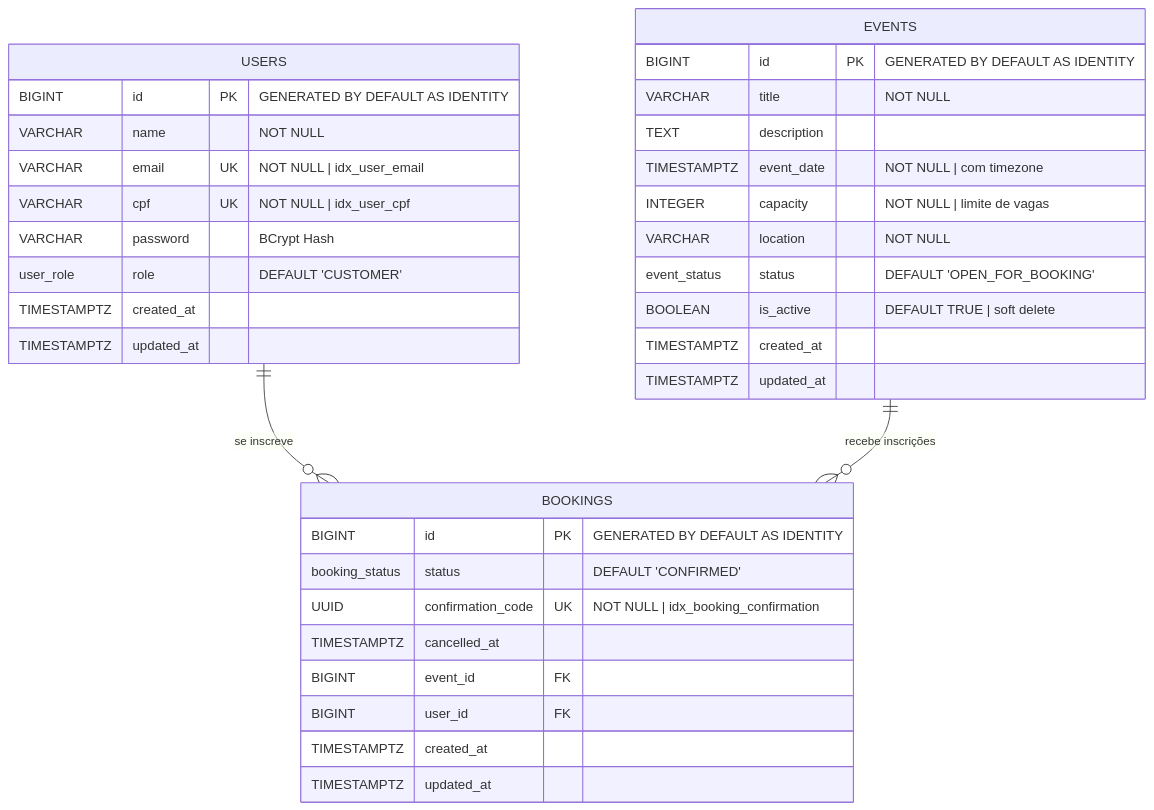
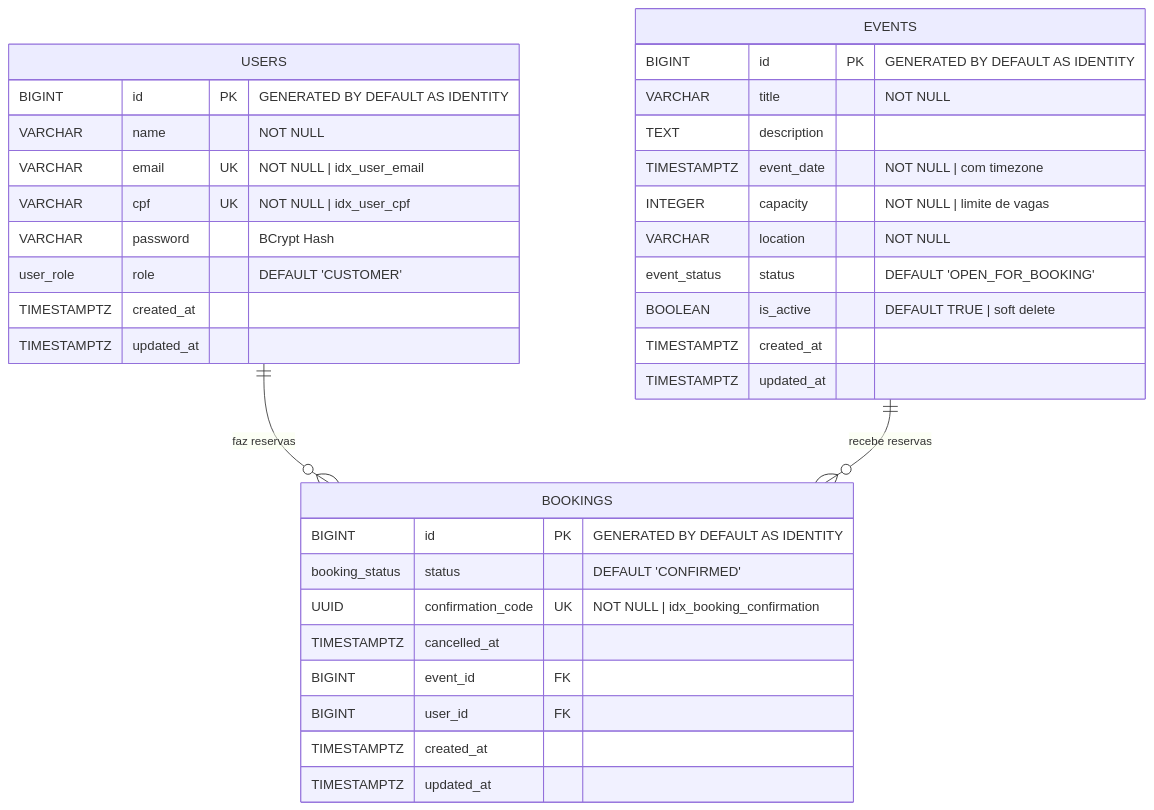
One commit to mateus-f/confirmed-seat-api changed the diagram in README.md. Above: the diagram before and after it, drawn with Mermaid. The commit also changed other lines of this file, not shown here.

````diff
--- a/README.md
+++ b/README.md
@@ -55,40 +51,40 @@
 ```mermaid
 erDiagram
     USERS {
         BIGINT      id                  PK  "GENERATED BY DEFAULT AS IDENTITY"
         VARCHAR     name                    "NOT NULL"
         VARCHAR     email               UK  "NOT NULL | idx_user_email"
         VARCHAR     cpf                 UK  "NOT NULL | idx_user_cpf"
         VARCHAR     password                "BCrypt Hash"
         user_role   role                    "DEFAULT 'CUSTOMER'"
         TIMESTAMPTZ created_at
         TIMESTAMPTZ updated_at
     }
  
     EVENTS {
         BIGINT       id                 PK  "GENERATED BY DEFAULT AS IDENTITY"
         VARCHAR      title                  "NOT NULL"
         TEXT         description
         TIMESTAMPTZ  event_date             "NOT NULL | com timezone"
         INTEGER      capacity               "NOT NULL | limite de vagas"
         VARCHAR      location               "NOT NULL"
         event_status status                 "DEFAULT 'OPEN_FOR_BOOKING'"
         BOOLEAN      is_active              "DEFAULT TRUE | soft delete"
         TIMESTAMPTZ  created_at
         TIMESTAMPTZ  updated_at
     }
  
     BOOKINGS {
         BIGINT          id                  PK  "GENERATED BY DEFAULT AS IDENTITY"
         booking_status  status                  "DEFAULT 'CONFIRMED'"
         UUID            confirmation_code   UK  "NOT NULL | idx_booking_confirmation"
         TIMESTAMPTZ     cancelled_at
         BIGINT          event_id            FK
         BIGINT          user_id             FK
         TIMESTAMPTZ     created_at
         TIMESTAMPTZ     updated_at
     }
  
-    USERS  ||--o{ BOOKINGS : "se inscreve"
-    EVENTS ||--o{ BOOKINGS : "recebe inscrições"
+    USERS  ||--o{ BOOKINGS : "faz reservas"
+    EVENTS ||--o{ BOOKINGS : "recebe reservas"
 ```
````
